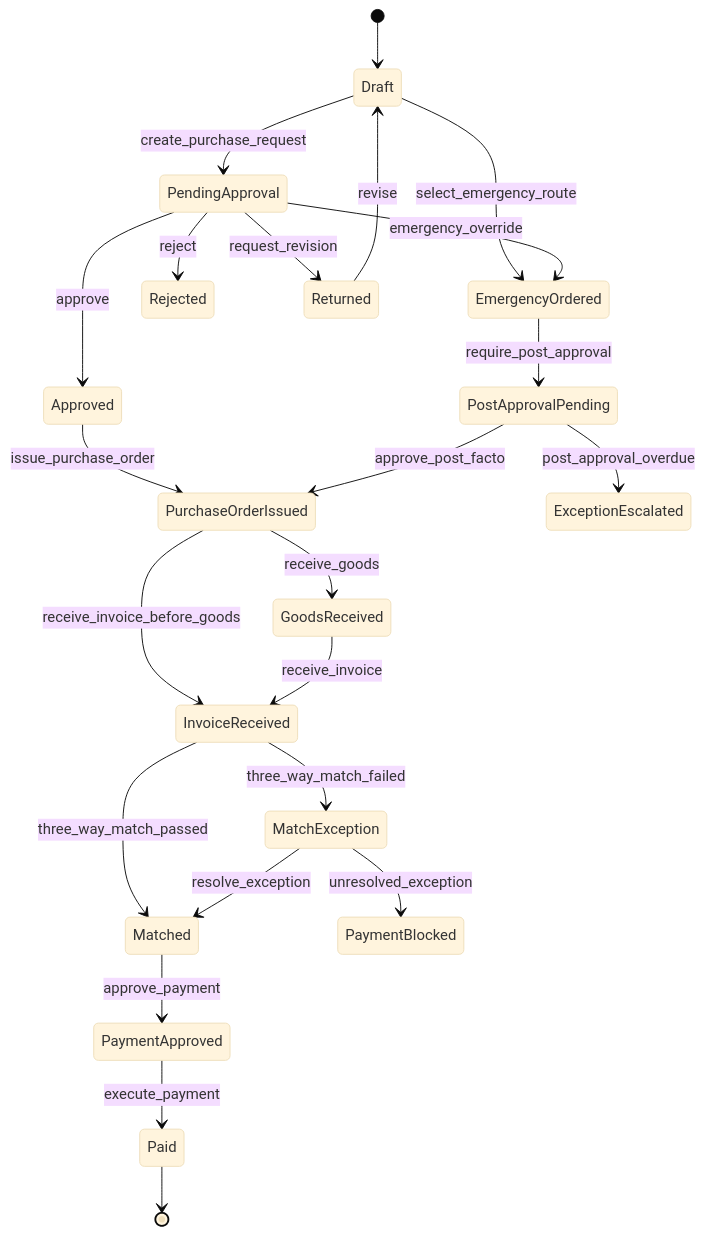
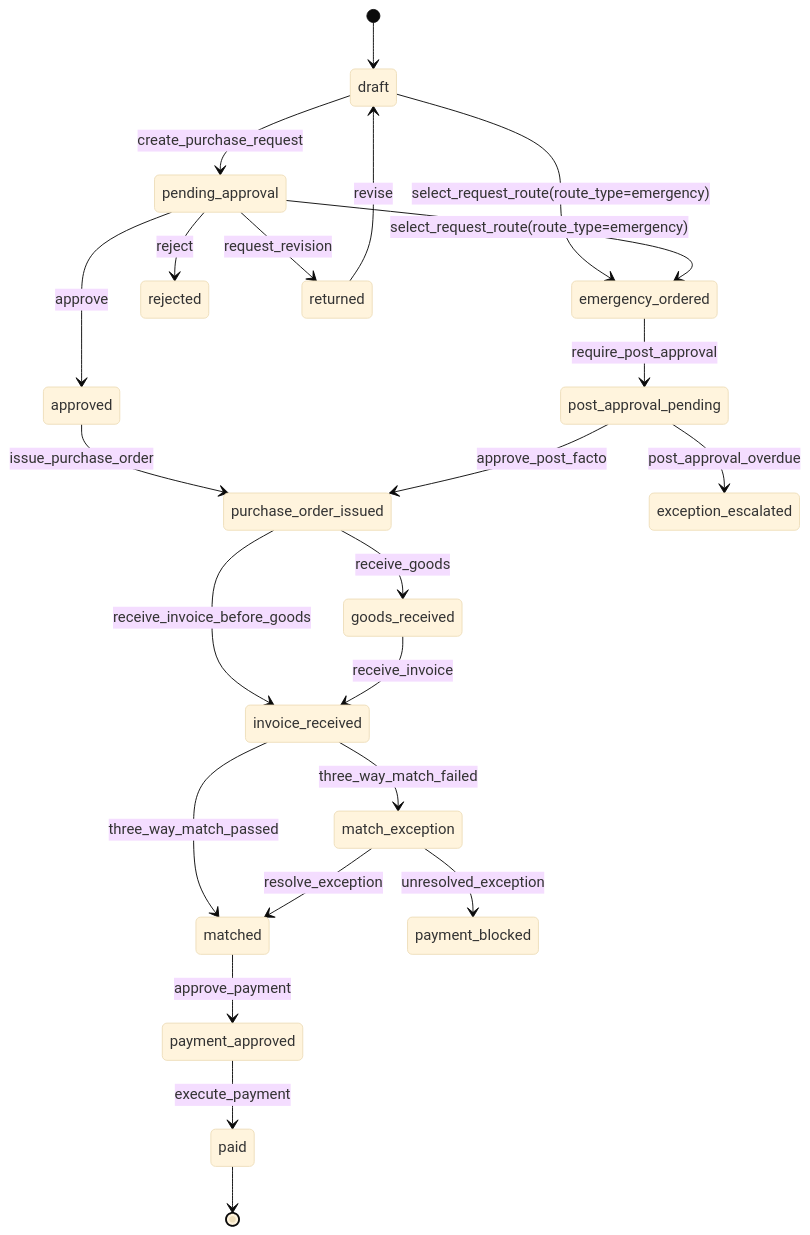
The second of 2 diagrams in docs/poc_prototype_design.md (yujihama/IA_agent_simulation), drawn with Mermaid (base theme) before and after one commit. The commit also changed other lines of this file and 1 other file, not shown here.

````diff
--- a/docs/poc_prototype_design.md
+++ b/docs/poc_prototype_design.md
@@ -742,25 +833,25 @@
 ```mermaid
 stateDiagram-v2
-    [*] --> Draft
-    Draft --> PendingApproval: create_purchase_request
-    Draft --> EmergencyOrdered: select_emergency_route
-    PendingApproval --> EmergencyOrdered: emergency_override
-    PendingApproval --> Rejected: reject
-    PendingApproval --> Returned: request_revision
-    Returned --> Draft: revise
-    PendingApproval --> Approved: approve
-    Approved --> PurchaseOrderIssued: issue_purchase_order
-    EmergencyOrdered --> PostApprovalPending: require_post_approval
-    PostApprovalPending --> PurchaseOrderIssued: approve_post_facto
-    PostApprovalPending --> ExceptionEscalated: post_approval_overdue
-    PurchaseOrderIssued --> GoodsReceived: receive_goods
-    PurchaseOrderIssued --> InvoiceReceived: receive_invoice_before_goods
-    GoodsReceived --> InvoiceReceived: receive_invoice
-    InvoiceReceived --> Matched: three_way_match_passed
-    InvoiceReceived --> MatchException: three_way_match_failed
-    MatchException --> Matched: resolve_exception
-    MatchException --> PaymentBlocked: unresolved_exception
-    Matched --> PaymentApproved: approve_payment
-    PaymentApproved --> Paid: execute_payment
-    Paid --> [*]
+    [*] --> draft
+    draft --> pending_approval: create_purchase_request
+    draft --> emergency_ordered: select_request_route(route_type=emergency)
+    pending_approval --> emergency_ordered: select_request_route(route_type=emergency)
+    pending_approval --> rejected: reject
+    pending_approval --> returned: request_revision
+    returned --> draft: revise
+    pending_approval --> approved: approve
+    approved --> purchase_order_issued: issue_purchase_order
+    emergency_ordered --> post_approval_pending: require_post_approval
+    post_approval_pending --> purchase_order_issued: approve_post_facto
+    post_approval_pending --> exception_escalated: post_approval_overdue
+    purchase_order_issued --> goods_received: receive_goods
+    purchase_order_issued --> invoice_received: receive_invoice_before_goods
+    goods_received --> invoice_received: receive_invoice
+    invoice_received --> matched: three_way_match_passed
+    invoice_received --> match_exception: three_way_match_failed
+    match_exception --> matched: resolve_exception
+    match_exception --> payment_blocked: unresolved_exception
+    matched --> payment_approved: approve_payment
+    payment_approved --> paid: execute_payment
+    paid --> [*]
 ```
````
